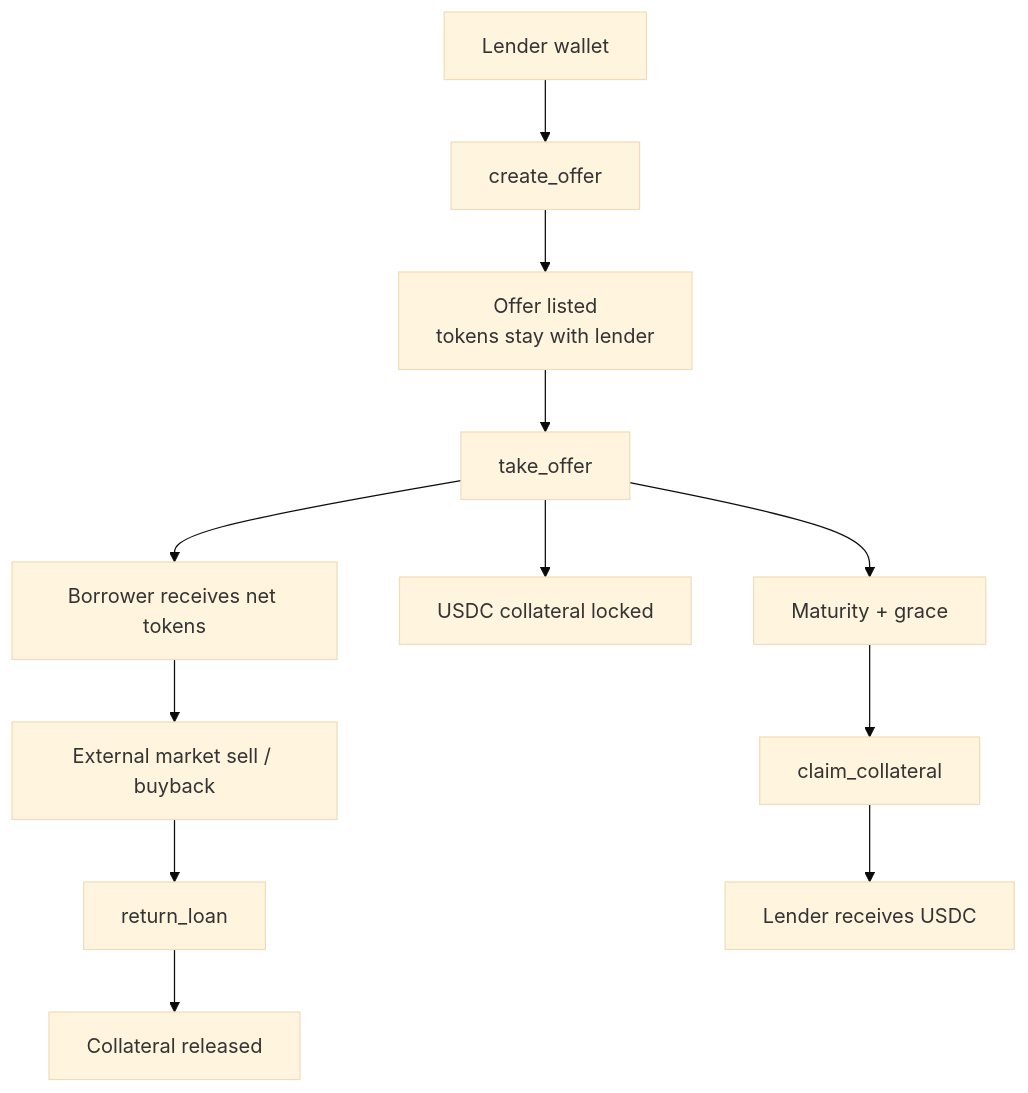
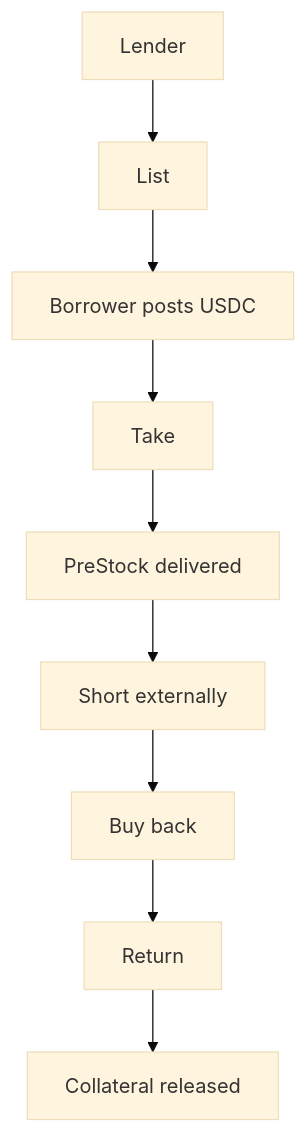
One commit to goat-dev8/LOCATE changed the first of 3 diagrams in README.md. Above: the diagram before and after it, drawn with Mermaid (base theme). The commit also changed other lines of this file and 7 other files, not shown here.

````diff
--- a/README.md
+++ b/README.md
@@ -29,14 +60,11 @@
 ```mermaid
 flowchart TD
-  L[Lender wallet] --> C[create_offer]
-  C --> O[Offer listed<br/>tokens stay with lender]
-  O --> T[take_offer]
-  T --> B[Borrower receives net tokens]
-  T --> V[USDC collateral locked]
-  B --> M[External market sell / buyback]
-  M --> R[return_loan]
-  R --> S[Collateral released]
-  T --> G[Maturity + grace]
-  G --> K[claim_collateral]
-  K --> U[Lender receives USDC]
+  LENDER[Lender] --> LIST[List]
+  LIST --> POST[Borrower posts USDC]
+  POST --> TAKE[Take]
+  TAKE --> DELIVER[PreStock delivered]
+  DELIVER --> SHORT[Short externally]
+  SHORT --> BUY[Buy back]
+  BUY --> RETURN[Return]
+  RETURN --> RELEASE[Collateral released]
 ```
````
